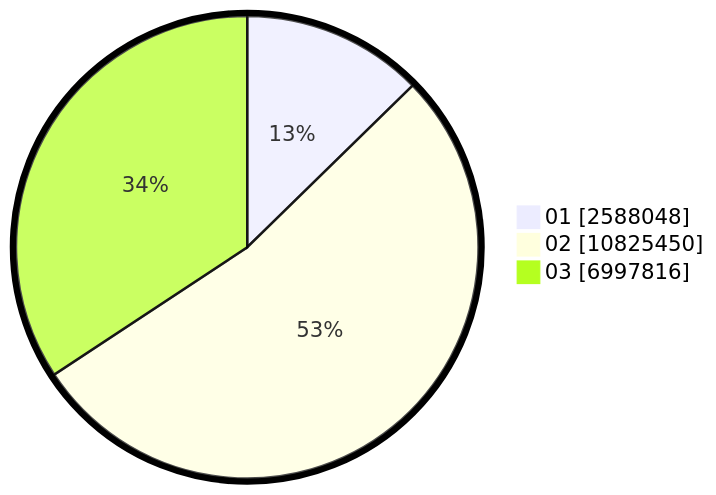
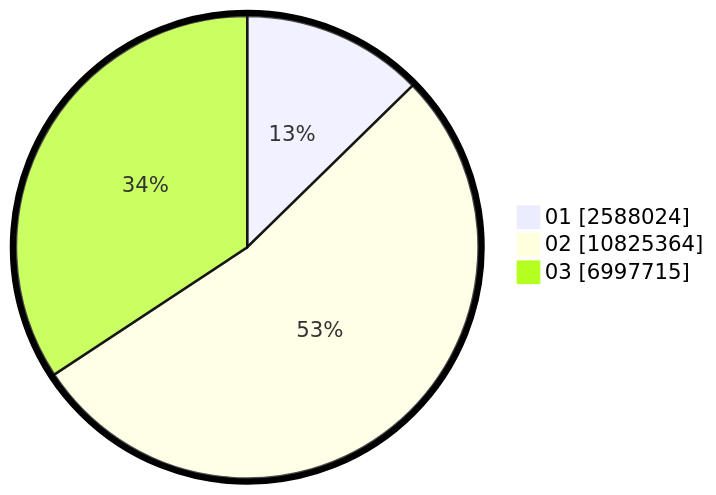
The second of 2 diagrams in pilpres/hitung-suara/sub/table-wilayah-33.md (gigit-pemilu/pemilu-2024), drawn with Mermaid before and after one commit. The commit also changed other lines of this file and 7 other files, not shown here.

````diff
--- a/pilpres/hitung-suara/sub/table-wilayah-33.md
+++ b/pilpres/hitung-suara/sub/table-wilayah-33.md
@@ -15,7 +15,7 @@
 ```mermaid
 %%{init: {"pie": {"textPosition": 0.5}, "themeVariables": {"pieOuterStrokeWidth": "5px"}} }%%
 pie showData
-    "01" : 2588048
-    "02" : 10825450
-    "03" : 6997816
+    "01" : 2588024
+    "02" : 10825364
+    "03" : 6997715
 ```
````
